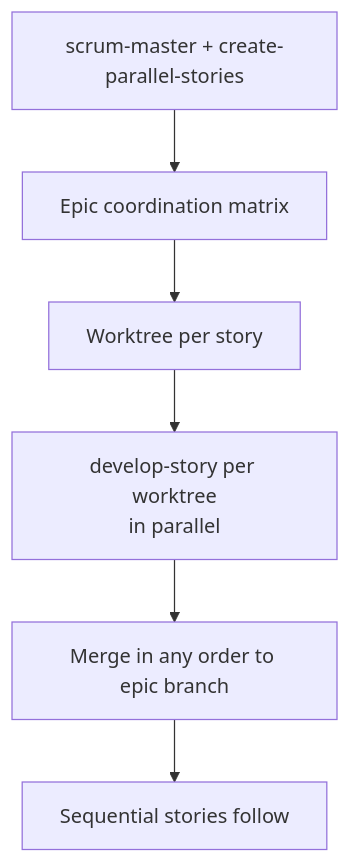
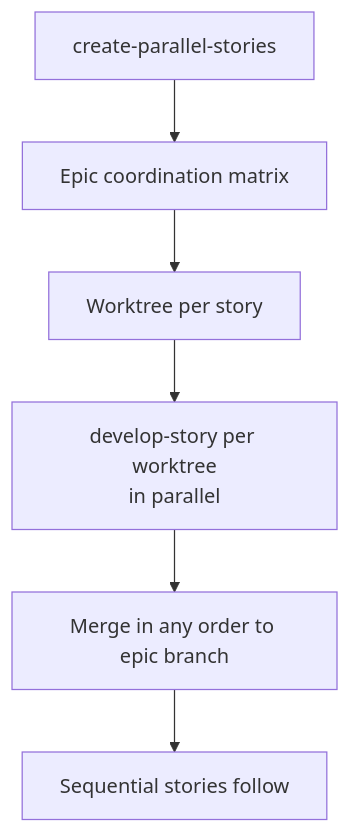
One commit to Gamaroff/agent-skills changed the diagram in docs/runbooks/create-parallel-stories.md. Above: the diagram before and after it, drawn with Mermaid. The commit also changed other lines of this file and 30 other files, not shown here.

First line of the commit message:
chore(scrum-master): remove redundant skill, migrate docs

````diff
--- a/docs/runbooks/create-parallel-stories.md
+++ b/docs/runbooks/create-parallel-stories.md
@@ -25,8 +25,8 @@
 ```mermaid
 flowchart TD
-    A[scrum-master + create-parallel-stories] --> B[Epic coordination matrix]
+    A[create-parallel-stories] --> B[Epic coordination matrix]
     B --> C[Worktree per story]
     C --> D[develop-story per worktree<br/>in parallel]
     D --> E[Merge in any order to epic branch]
     E --> F[Sequential stories follow]
 ```
````
